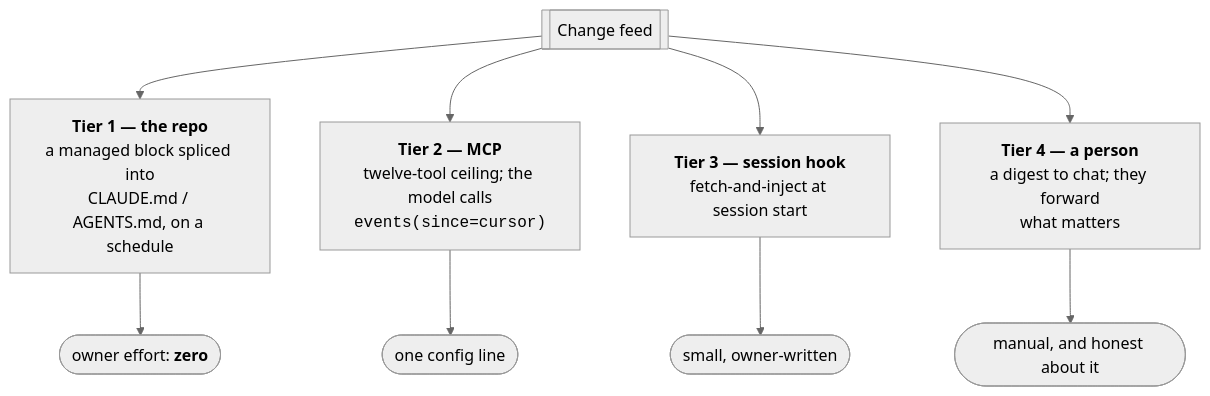
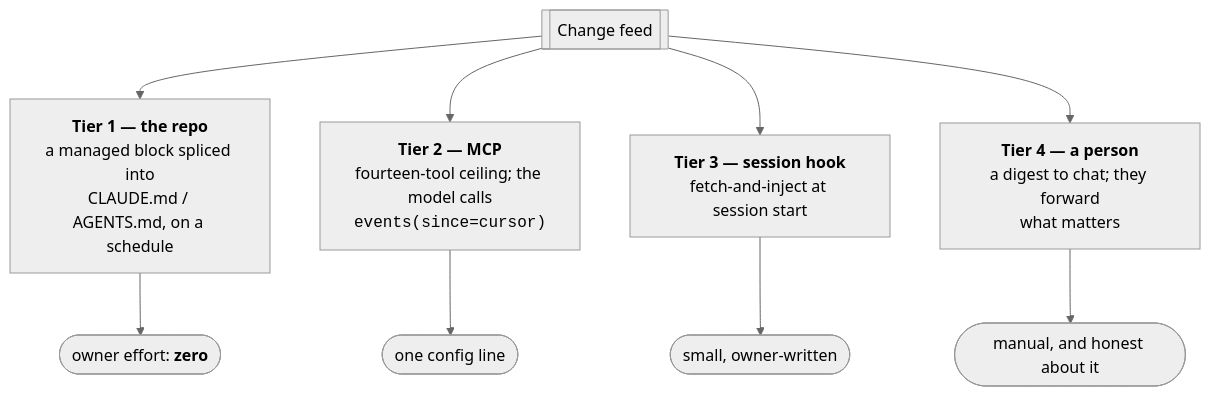
Before and after one commit to agentic-co/agentic-co-hub: the second of 2 diagrams in README.md, drawn with Mermaid (neutral theme). The commit also changed other lines of this file and 4 other files, not shown here.

First line of the commit message:
docs: the MCP surface is fourteen tools and 14,000 bytes (ADR 0004 option C)

````diff
--- a/README.md
+++ b/README.md
@@ -85,14 +85,14 @@
 ```mermaid
 flowchart TD
     feed[["Change feed"]]
 
     feed --> t1["<b>Tier 1 — the repo</b><br/>a managed block spliced into<br/>CLAUDE.md / AGENTS.md, on a schedule"]
-    feed --> t2["<b>Tier 2 — MCP</b><br/>twelve-tool ceiling; the model calls<br/><code>events(since=cursor)</code>"]
+    feed --> t2["<b>Tier 2 — MCP</b><br/>fourteen-tool ceiling; the model calls<br/><code>events(since=cursor)</code>"]
     feed --> t3["<b>Tier 3 — session hook</b><br/>fetch-and-inject at session start"]
     feed --> t4["<b>Tier 4 — a person</b><br/>a digest to chat; they forward<br/>what matters"]
 
     t1 --> z1(["owner effort: <b>zero</b>"])
     t2 --> z2(["one config line"])
     t3 --> z3(["small, owner-written"])
     t4 --> z4(["manual, and honest about it"])
 ```
````
